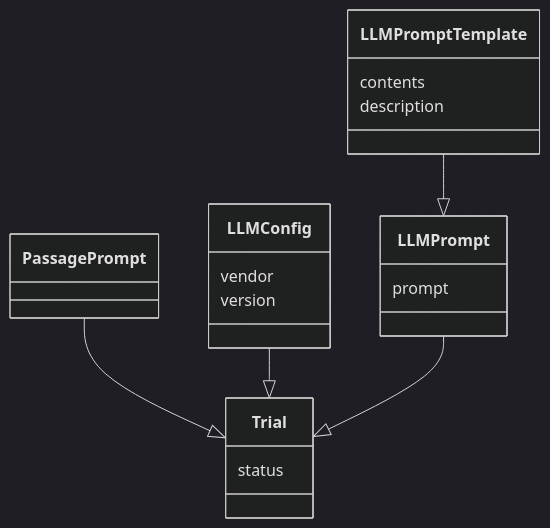
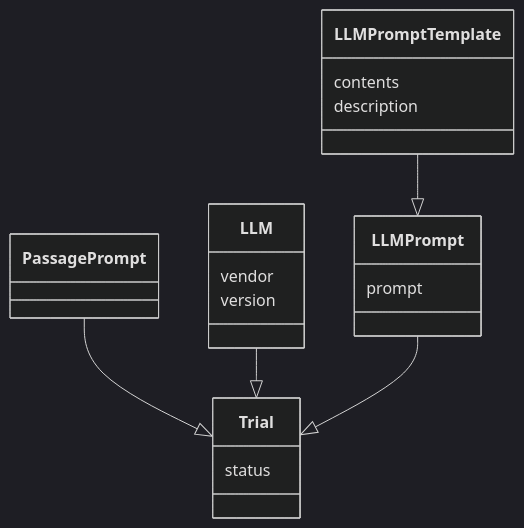
Before and after one commit to empirical-org/Empirical-Core: the second of 3 diagrams in services/QuillLMS/engines/evidence/app/models/evidence/research/readme.md, drawn with Mermaid (dark theme). The commit also changed other lines of this file and 31 other files, not shown here.

Commit message:
Rename LLMConfig to LLM

````diff
--- a/services/QuillLMS/engines/evidence/app/models/evidence/research/readme.md
+++ b/services/QuillLMS/engines/evidence/app/models/evidence/research/readme.md
@@ -33,24 +33,24 @@
 ```mermaid
 classDiagram
-    class LLMConfig {
+    class LLM {
          vendor
          version
     }
     class LLMPrompt {
          prompt
     }
     class LLMPromptTemplate {
          contents
          description
     }
     class PassagePrompt {
     }
     class Trial {
          status
     }
 
     PassagePrompt --|> Trial
-    LLMConfig --|> Trial
+    LLM --|> Trial
     LLMPromptTemplate --|> LLMPrompt
     LLMPrompt --|> Trial
 ```
````
